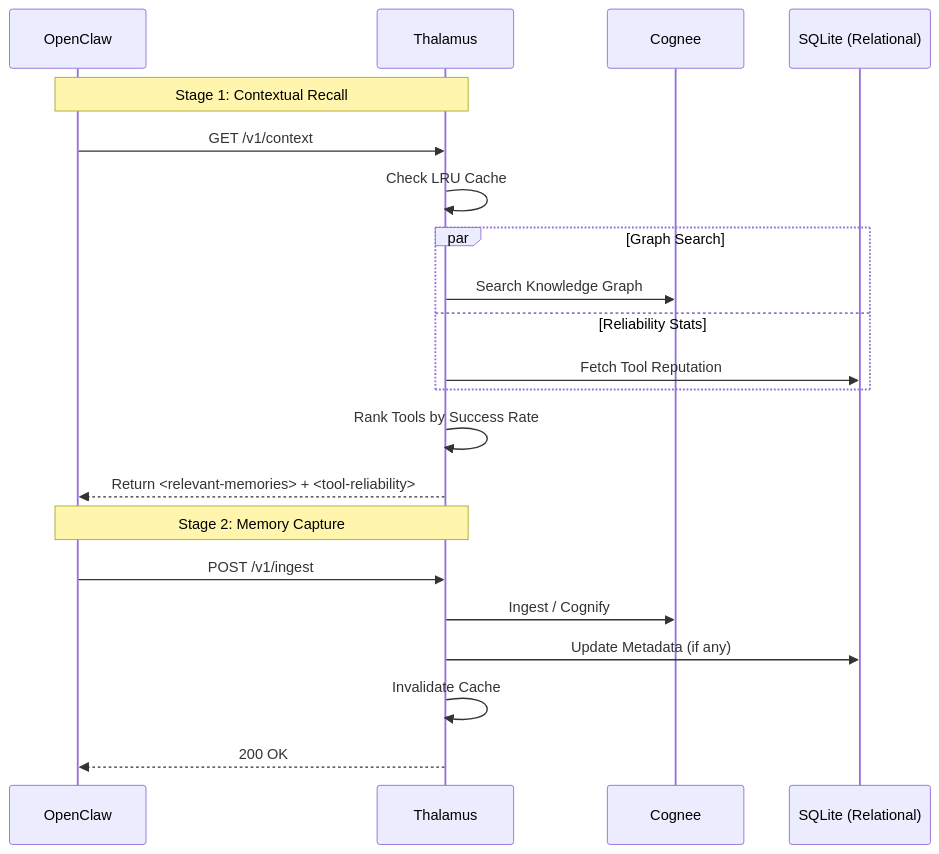
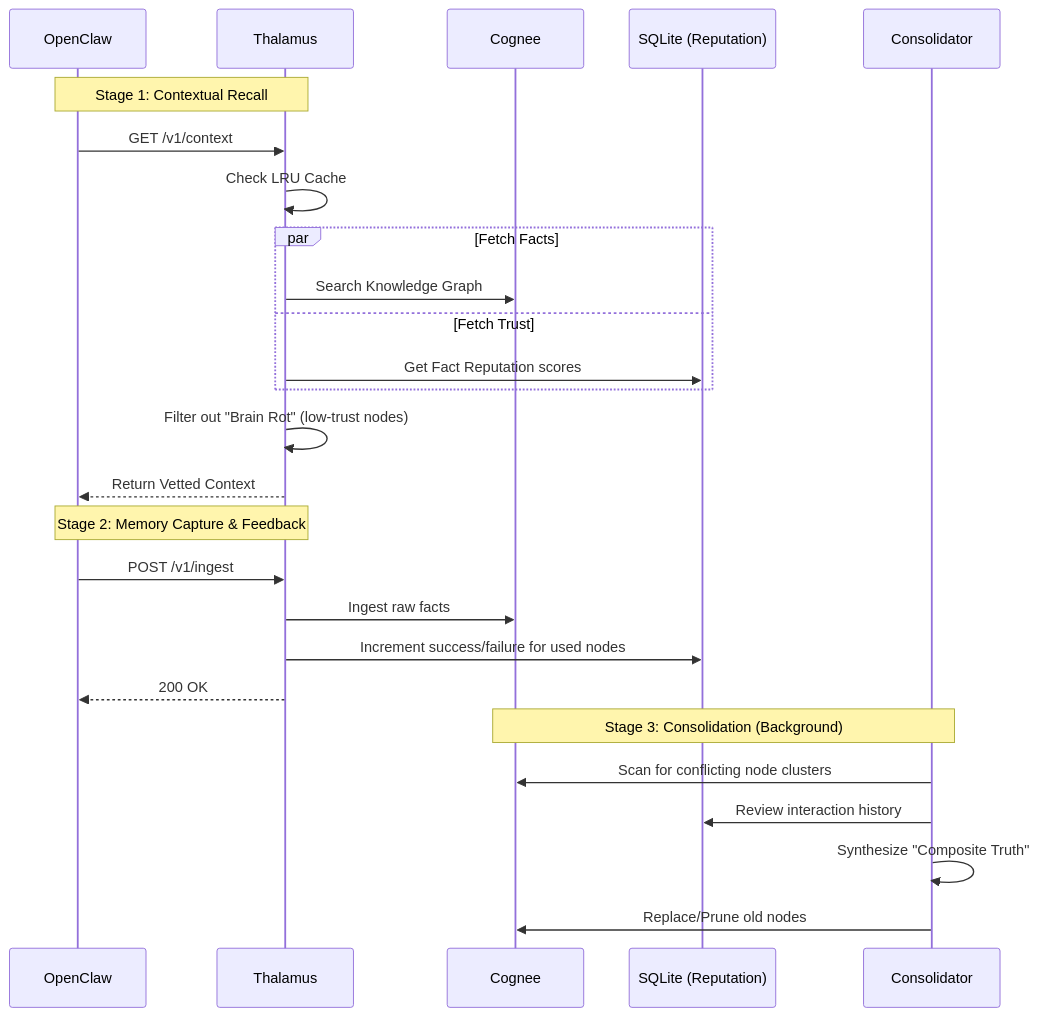
The second of 2 diagrams in docs/architecture.md (JuanHuaXu/thalamus), drawn with Mermaid before and after one commit. The commit also changed other lines of this file and 17 other files, not shown here.

Commit message:
added information seeding(think of it as reading and internalizing information) and Latent Space Abstraction(think of it as cross domain knowledge graph geometry transfer)

````diff
--- a/docs/architecture.md
+++ b/docs/architecture.md
@@ -59,25 +52,31 @@
 ```mermaid
 sequenceDiagram
     participant OC as OpenClaw
     participant MW as Thalamus
     participant CG as Cognee
-    participant SL as SQLite (Relational)
+    participant SL as SQLite (Reputation)
+    participant CE as Consolidator
     
     Note over OC,MW: Stage 1: Contextual Recall
     OC->>MW: GET /v1/context
     MW->>MW: Check LRU Cache
-    par Graph Search
+    par Fetch Facts
         MW->>CG: Search Knowledge Graph
-    and Reliability Stats
-        MW->>SL: Fetch Tool Reputation
+    and Fetch Trust
+        MW->>SL: Get Fact Reputation scores
     end
-    MW->>MW: Rank Tools by Success Rate
-    MW-->>OC: Return <relevant-memories> + <tool-reliability>
+    MW->>MW: Filter out "Brain Rot" (low-trust nodes)
+    MW-->>OC: Return Vetted Context
     
-    Note over OC,MW: Stage 2: Memory Capture
+    Note over OC,MW: Stage 2: Memory Capture & Feedback
     OC->>MW: POST /v1/ingest
-    MW->>CG: Ingest / Cognify
-    MW->>SL: Update Metadata (if any)
-    MW->>MW: Invalidate Cache
+    MW->>CG: Ingest raw facts
+    MW->>SL: Increment success/failure for used nodes
     MW-->>OC: 200 OK
+    
+    Note over CE,CG: Stage 3: Consolidation (Background)
+    CE->>CG: Scan for conflicting node clusters
+    CE->>SL: Review interaction history
+    CE->>CE: Synthesize "Composite Truth"
+    CE->>CG: Replace/Prune old nodes
 ```
````
